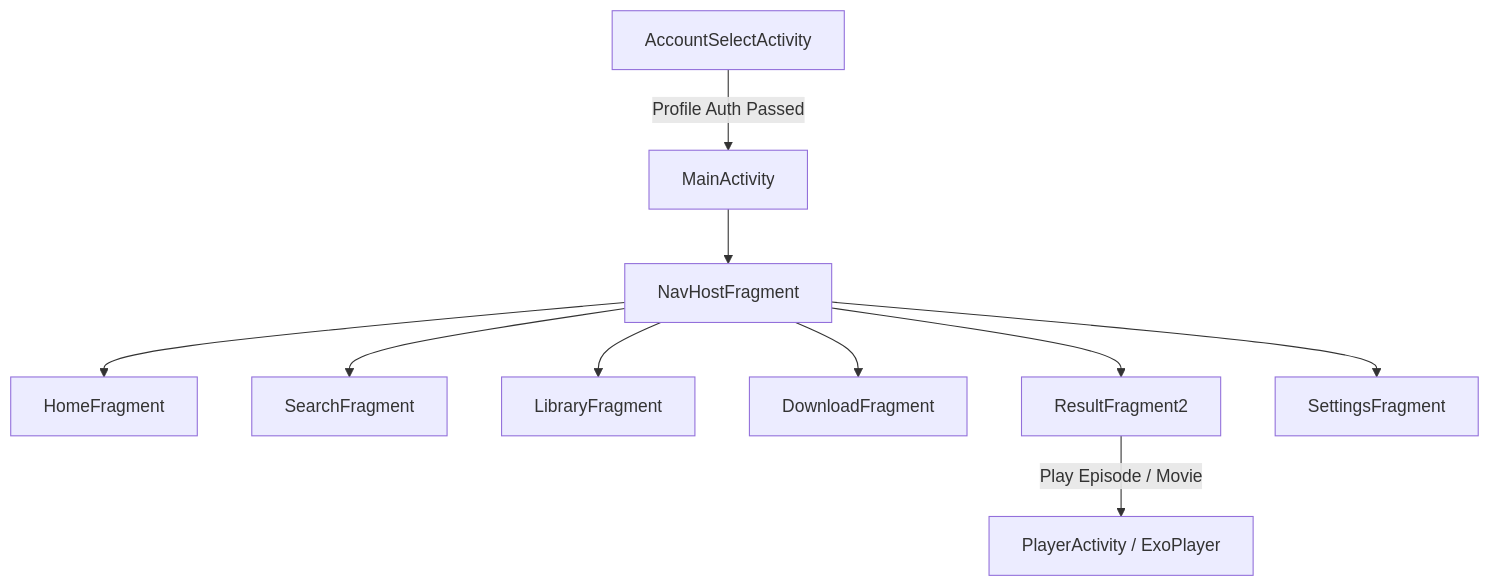
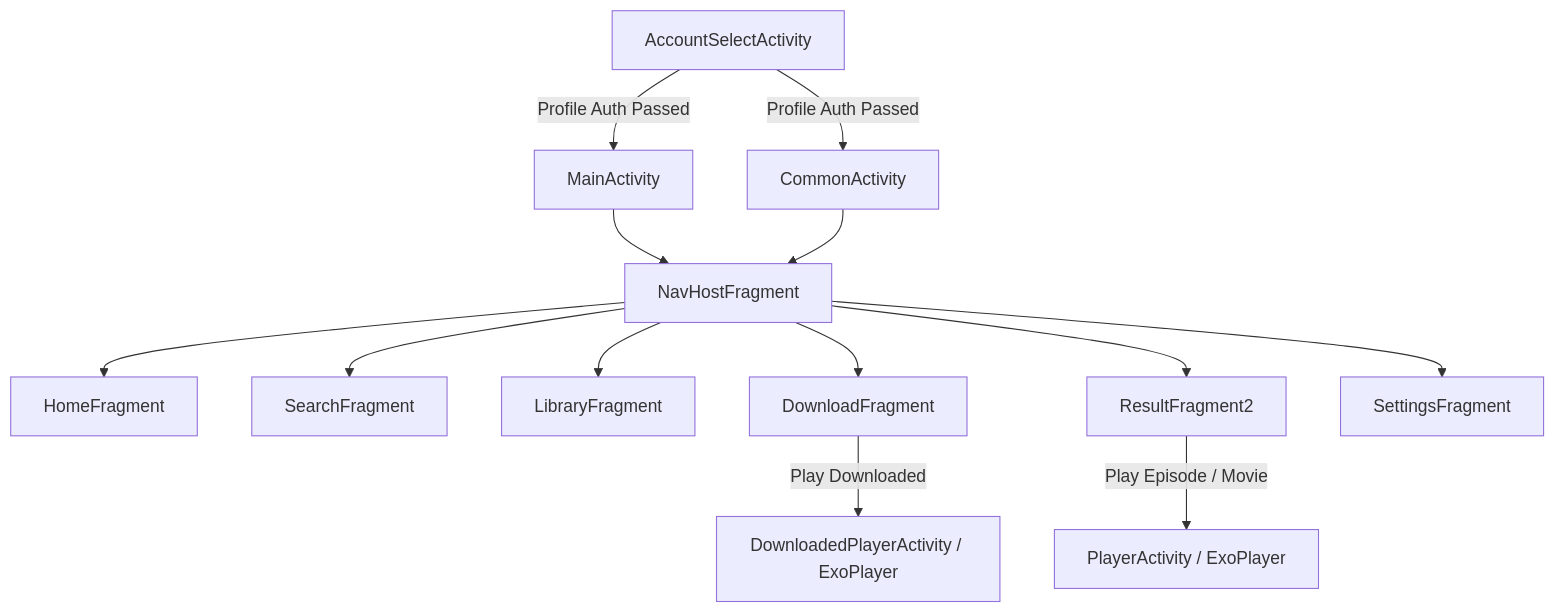
The diagram in docs/docs_cs3/04_ui_and_presentation_layer.md (dipenparmar12/cs3), drawn with Mermaid before and after one commit. The commit also changed other lines of this file and 7 other files, not shown here.

````diff
--- a/docs/docs_cs3/04_ui_and_presentation_layer.md
+++ b/docs/docs_cs3/04_ui_and_presentation_layer.md
@@ -15,12 +15,15 @@
 ```mermaid
 graph TD
     A[AccountSelectActivity] -->|Profile Auth Passed| B[MainActivity]
-    B --> C[NavHostFragment]
-    C --> D[HomeFragment]
-    C --> E[SearchFragment]
-    C --> F[LibraryFragment]
-    C --> G[DownloadFragment]
-    C --> H[ResultFragment2]
-    C --> I[SettingsFragment]
-    H -->|Play Episode / Movie| J[PlayerActivity / ExoPlayer]
+    A -->|Profile Auth Passed| C[CommonActivity]
+    B --> D[NavHostFragment]
+    C --> D
+    D --> E[HomeFragment]
+    D --> F[SearchFragment]
+    D --> G[LibraryFragment]
+    D --> H[DownloadFragment]
+    D --> I[ResultFragment2]
+    D --> J[SettingsFragment]
+    I -->|Play Episode / Movie| K[PlayerActivity / ExoPlayer]
+    H -->|Play Downloaded| L[DownloadedPlayerActivity / ExoPlayer]
 ```
````
